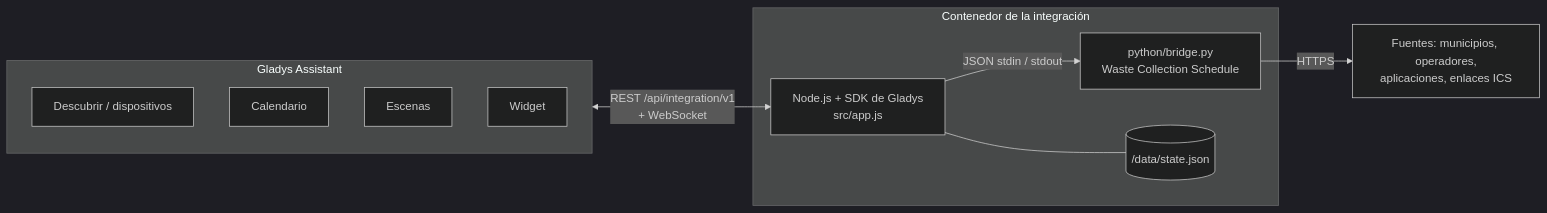
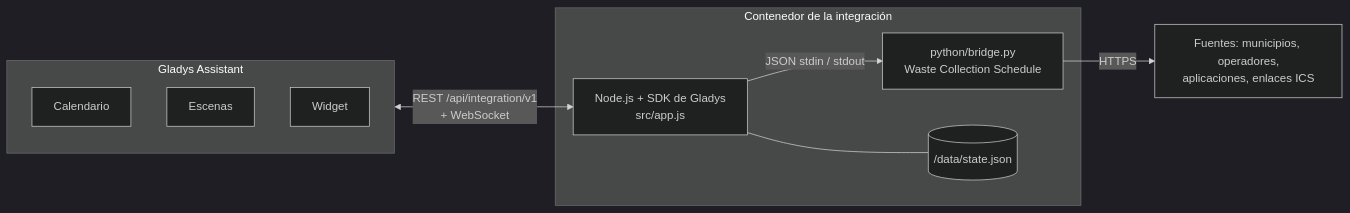
One commit to William-De71/gladys-waste-collection-schedule changed the first of 3 diagrams in README.es.md. Above: the diagram before and after it, drawn with Mermaid (dark theme). The commit also changed other lines of this file and 24 other files, not shown here.

````diff
--- a/README.es.md
+++ b/README.es.md
@@ -30,19 +29,18 @@
 ```mermaid
 flowchart LR
   subgraph Gladys["Gladys Assistant"]
-    D[Descubrir / dispositivos]
     C[Calendario]
     S[Escenas]
     W[Widget]
   end
   subgraph Container["Contenedor de la integración"]
     N["Node.js + SDK de Gladys<br/>src/app.js"]
     P["python/bridge.py<br/>Waste Collection Schedule"]
     F[("/data/state.json")]
   end
   Sources["Fuentes: municipios, operadores,<br/>aplicaciones, enlaces ICS"]
   Gladys <-- "REST /api/integration/v1<br/>+ WebSocket" --> N
   N -- "JSON stdin / stdout" --> P
   N --- F
   P -- HTTPS --> Sources
 ```
````
